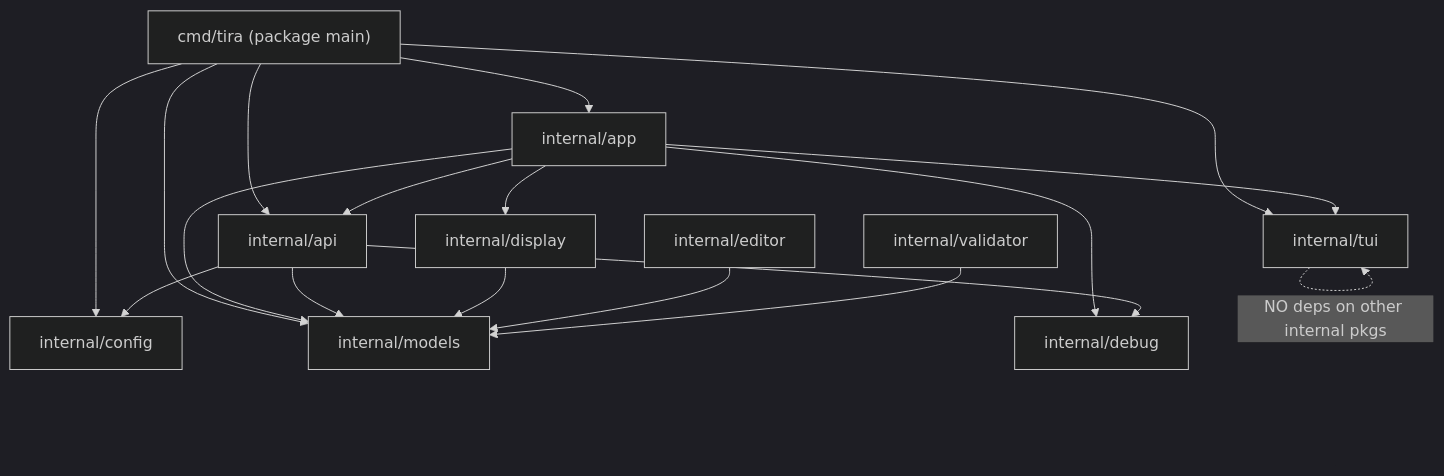
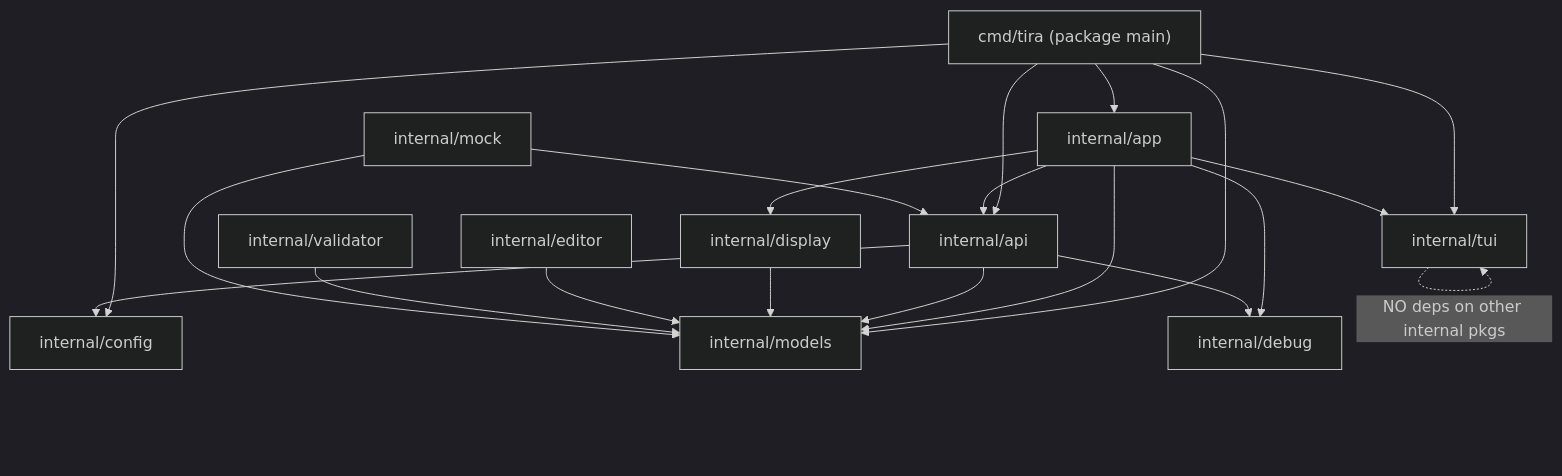
One commit to justinmklam/tira changed the first of 2 diagrams in docs/architecture.md. Above: the diagram before and after it, drawn with Mermaid (dark theme). The commit also changed other lines of this file and 28 other files, not shown here.

````diff
--- a/docs/architecture.md
+++ b/docs/architecture.md
@@ -84,36 +90,40 @@
 ```mermaid
 graph TD
     cmd["cmd/tira (package main)"]
     app["internal/app"]
     api["internal/api"]
     config["internal/config"]
     models["internal/models"]
     tui["internal/tui"]
     display["internal/display"]
     editor["internal/editor"]
     validator["internal/validator"]
+    mock["internal/mock"]
     debug["internal/debug"]
 
     cmd --> app
     cmd --> api
     cmd --> config
     cmd --> models
     cmd --> tui
 
     app --> api
     app --> models
     app --> tui
     app --> display
     app --> debug
 
     api --> config
     api --> models
     api --> debug
 
     display --> models
 
     editor --> models
     validator --> models
 
+    mock --> api
+    mock --> models
+
     tui -.->|"NO deps on other internal pkgs"| tui
 ```
````
